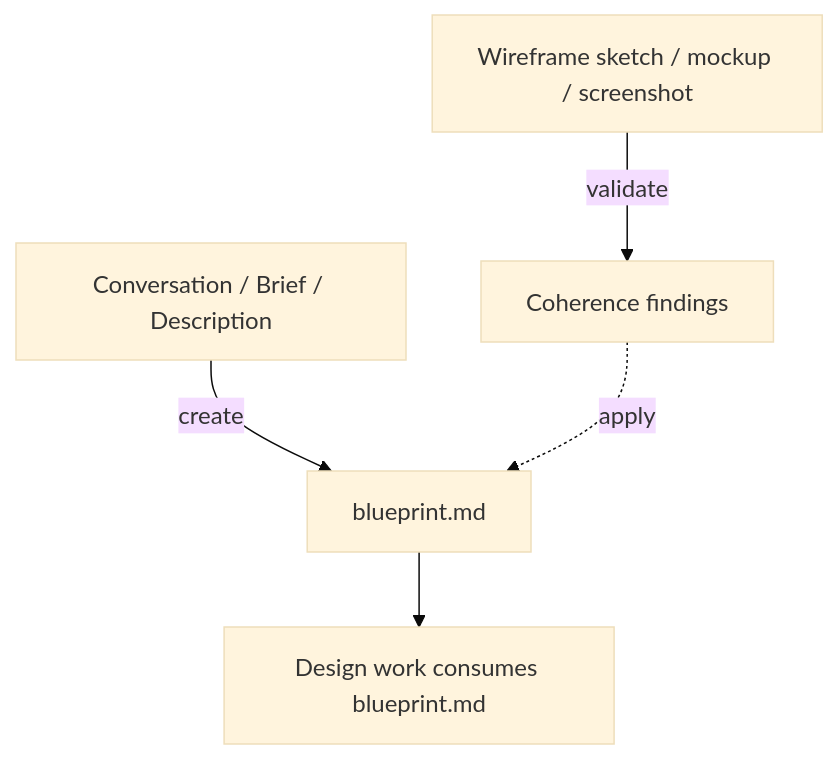
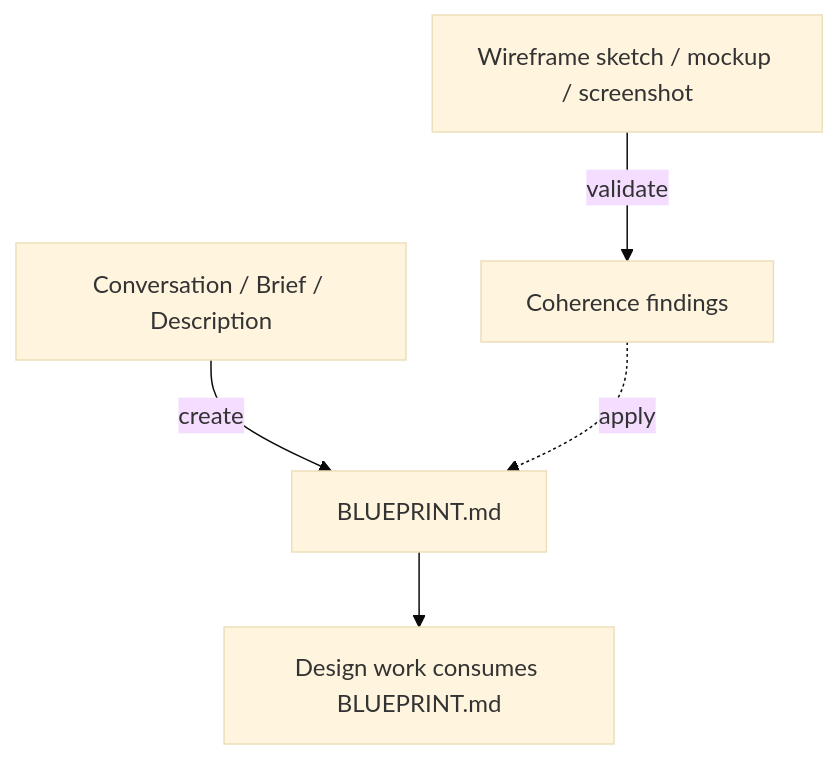
The diagram in skills/product/blueprint/README.md (adeonir/agent-skills), drawn with Mermaid (base theme) before and after one commit. The commit also changed other lines of this file and 8 other files, not shown here.

````diff
--- a/skills/product/blueprint/README.md
+++ b/skills/product/blueprint/README.md
@@ -7,7 +7,7 @@
 ```mermaid
 flowchart TD
-    Conv[Conversation / Brief / Description] -->|create| B[blueprint.md]
+    Conv[Conversation / Brief / Description] -->|create| B[BLUEPRINT.md]
     Wire[Wireframe sketch / mockup / screenshot] -->|validate| F[Coherence findings]
     F -.->|apply| B
-    B --> D[Design work consumes blueprint.md]
+    B --> D[Design work consumes BLUEPRINT.md]
 ```
````
